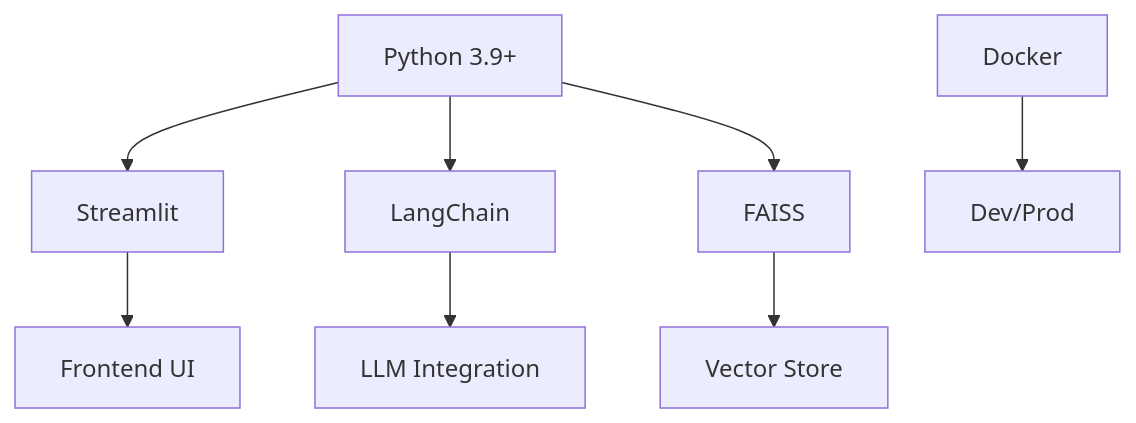
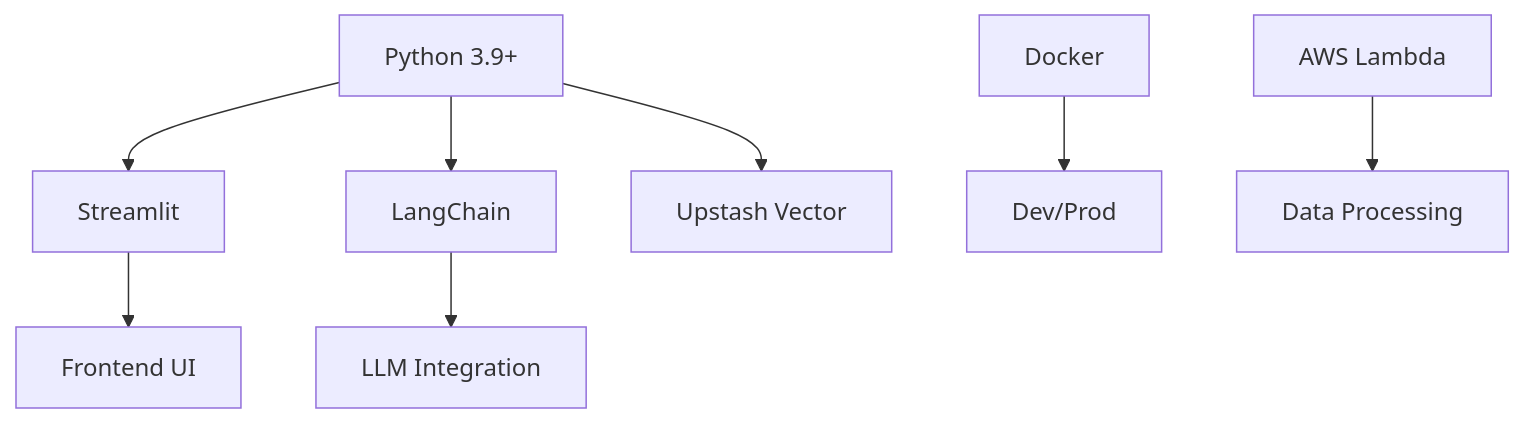
Before and after one commit to laialex501/lorechat-container: the first of 4 diagrams in memory-bank/techContext.md, drawn with Mermaid. The commit also changed other lines of this file and 26 other files, not shown here.

Commit message:
Use factory refactory and add upstash vector store

````diff
--- a/memory-bank/techContext.md
+++ b/memory-bank/techContext.md
@@ -6,10 +6,10 @@
 ```mermaid
 graph TD
     A[Python 3.9+] --> B[Streamlit]
     A --> C[LangChain]
-    A --> D[FAISS]
+    A --> D[Upstash Vector]
     B --> E[Frontend UI]
     C --> F[LLM Integration]
-    D --> G[Vector Store]
-    H[Docker] --> I[Dev/Prod]
+    G[Docker] --> H[Dev/Prod]
+    I[AWS Lambda] --> J[Data Processing]
 ```
````
